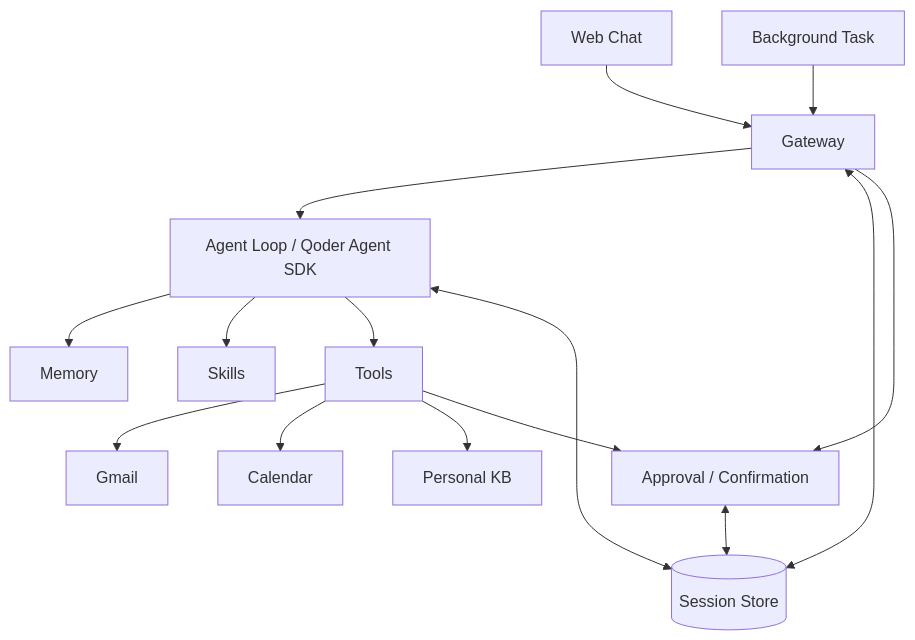
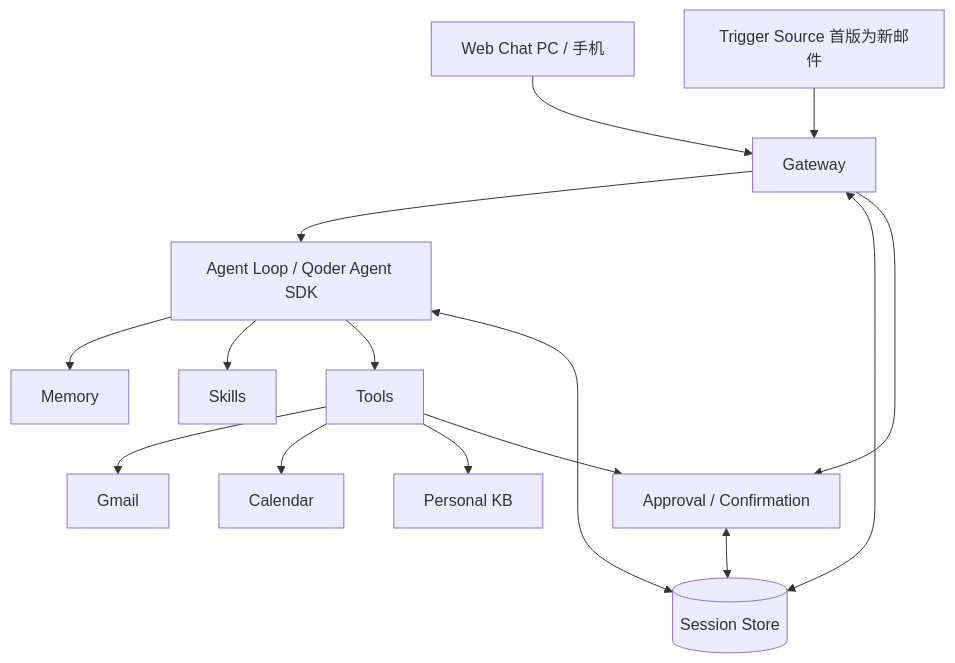
One commit to personal-agent-lab/Pebble changed the diagram in docs/v1-design.md. Above: the diagram before and after it, drawn with Mermaid. The commit also changed other lines of this file and 9 other files, not shown here.

````diff
--- a/docs/v1-design.md
+++ b/docs/v1-design.md
@@ -11,17 +15,17 @@
 ```mermaid
 flowchart TD
-    Web[Web Chat] --> Gateway[Gateway]
-    Background[Background Task] --> Gateway
+    Web[Web Chat PC / 手机] --> Gateway[Gateway]
+    Trigger[Trigger Source 首版为新邮件] --> Gateway
     Gateway --> Agent[Agent Loop / Qoder Agent SDK]
     Agent --> Memory[Memory]
     Agent --> Skills[Skills]
     Agent --> Tools[Tools]
     Tools --> Gmail[Gmail]
     Tools --> Calendar[Calendar]
     Tools --> KB[Personal KB]
     Gateway <--> Store[(Session Store)]
     Agent <--> Store
     Tools --> Confirmation[Approval / Confirmation]
     Gateway --> Confirmation
     Confirmation <--> Store
 ```
````
